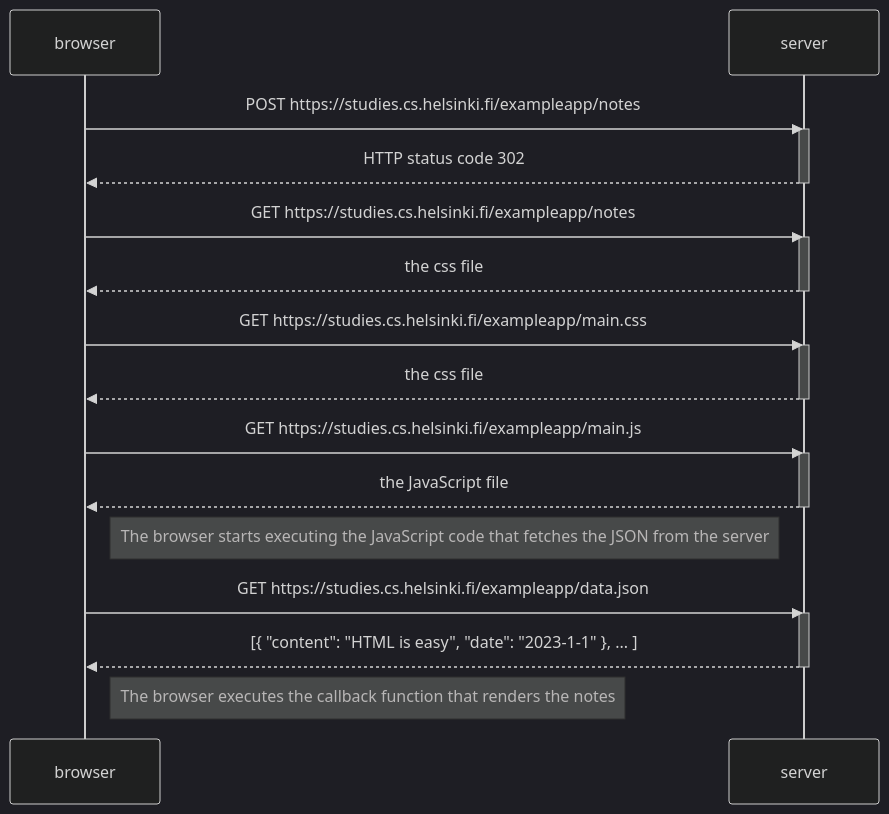
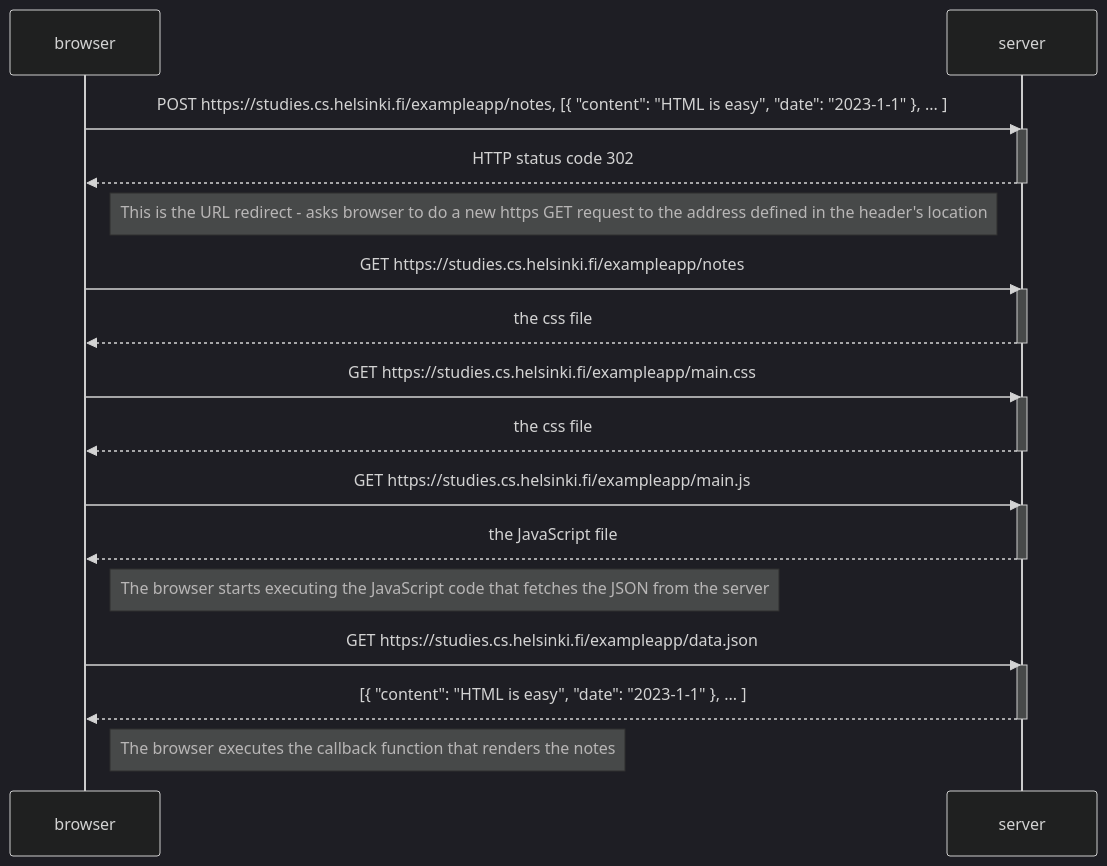
The diagram in part0/ex0.4.md (hoaingodong/ReactJS), drawn with Mermaid (dark theme) before and after one commit.

Commit message:
:fix: add the content for method post of ex0.4

````diff
--- a/part0/ex0.4.md
+++ b/part0/ex0.4.md
@@ -1,35 +1,37 @@
 ```mermaid
 
 sequenceDiagram
     participant browser
     participant server
 
-    browser->>server: POST https://studies.cs.helsinki.fi/exampleapp/notes
-    activate server
+    browser->>server: POST https://studies.cs.helsinki.fi/exampleapp/notes, [{ "content": "HTML is easy", "date": "2023-1-1" }, ... ]
+    activate server 
     server-->>browser: HTTP status code 302
     deactivate server
 
-    browser->>server: GET https://studies.cs.helsinki.fi/exampleapp/notes   
+    Note right of browser: This is the URL redirect - asks browser to do a new https GET request to the address defined in the header's location
+
+    browser->>server: GET https://studies.cs.helsinki.fi/exampleapp/notes
     activate server
     server-->>browser: the css file
     deactivate server
 
     browser->>server: GET https://studies.cs.helsinki.fi/exampleapp/main.css
     activate server
     server-->>browser: the css file
     deactivate server
 
     browser->>server: GET https://studies.cs.helsinki.fi/exampleapp/main.js
     activate server
     server-->>browser: the JavaScript file
     deactivate server
 
     Note right of browser: The browser starts executing the JavaScript code that fetches the JSON from the server
 
     browser->>server: GET https://studies.cs.helsinki.fi/exampleapp/data.json
     activate server
-    server-->>browser: [{ "content": "HTML is easy", "date": "2023-1-1" }, ... ]    
+    server-->>browser: [{ "content": "HTML is easy", "date": "2023-1-1" }, ... ]
     deactivate server
 
     Note right of browser: The browser executes the callback function that renders the notes
 ```
````
